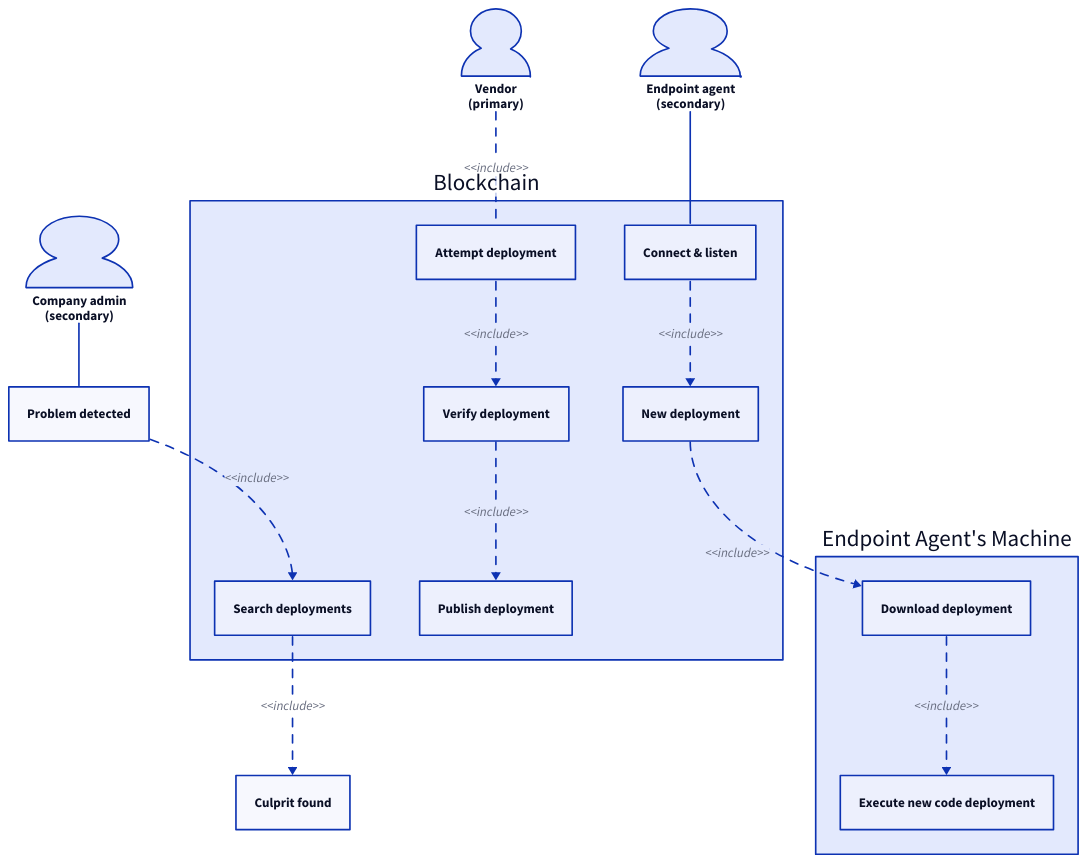
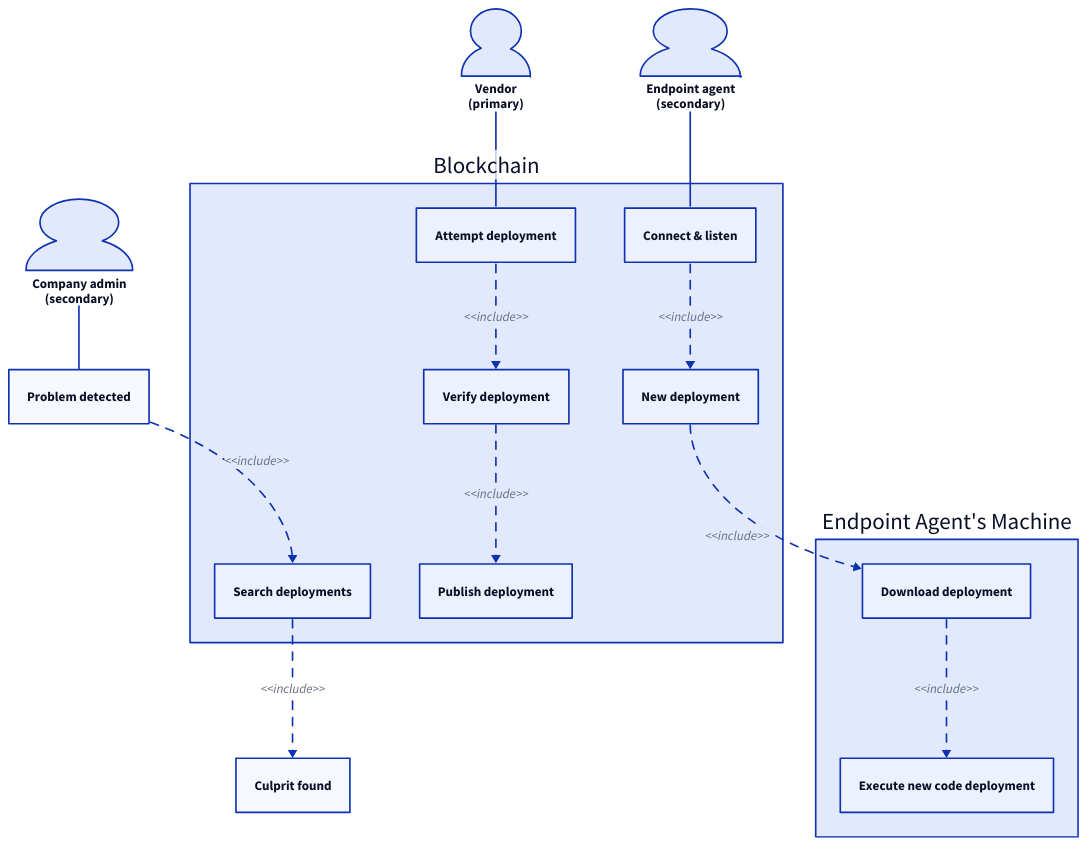
One commit to EGN-Project/lisp-endpoint-agent changed the diagram in meta/use_case.d2. Above: the diagram before and after it, drawn with D2.

Commit message:
Fix `vendor`'s relationship'

```diff
--- a/meta/use_case.d2
+++ b/meta/use_case.d2
@@ -1,52 +1,53 @@
 # Actors.
 vendor: "Vendor\n(primary)" {shape: person}
 admin: "Company admin\n(secondary)" {shape: person}
 agent: "Endpoint agent\n(secondary)" {shape: person}
 
 # External events.
 problem_detected: "Problem detected"
 culprit_found: "Culprit found"
 
 # Endpoint agent machine events.
 endpoint: "Endpoint Agent's Machine" {
   download_deployment: "Download deployment"
   execute: "Execute new code deployment"
 }
 
 # Blockchain & blockchain events.
 blockchain: "Blockchain" {
   search_deployments: "Search deployments"
   listen: "Connect & listen"
   new_deployment: "New deployment"
   deploy: "Attempt deployment"
   verify_deployment: "Verify deployment"
   publish_deployment: "Publish deployment"
 }
 
 # Connections.
 admin -- problem_detected
 agent -- blockchain.listen
+vendor -- blockchain.deploy
 
 problem_detected -> blockchain.search_deployments: "<<include>>" {
   style: {
     stroke-dash: 5
   }
 }
 
 blockchain.search_deployments -> culprit_found: "<<include>>" {
   style: {
     stroke-dash: 5
   }
 }
 
 blockchain.listen -> blockchain.new_deployment -> endpoint.download_deployment -> endpoint.execute: "<<include>>" {
   style: {
     stroke-dash: 5
   }
 }
 
-vendor -- blockchain.deploy -> blockchain.verify_deployment -> blockchain.publish_deployment: "<<include>>" {
+blockchain.deploy -> blockchain.verify_deployment -> blockchain.publish_deployment: "<<include>>" {
   style: {
     stroke-dash: 5
   }
 }
```
